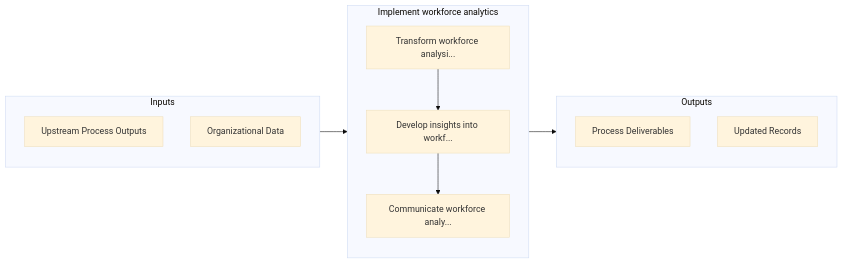
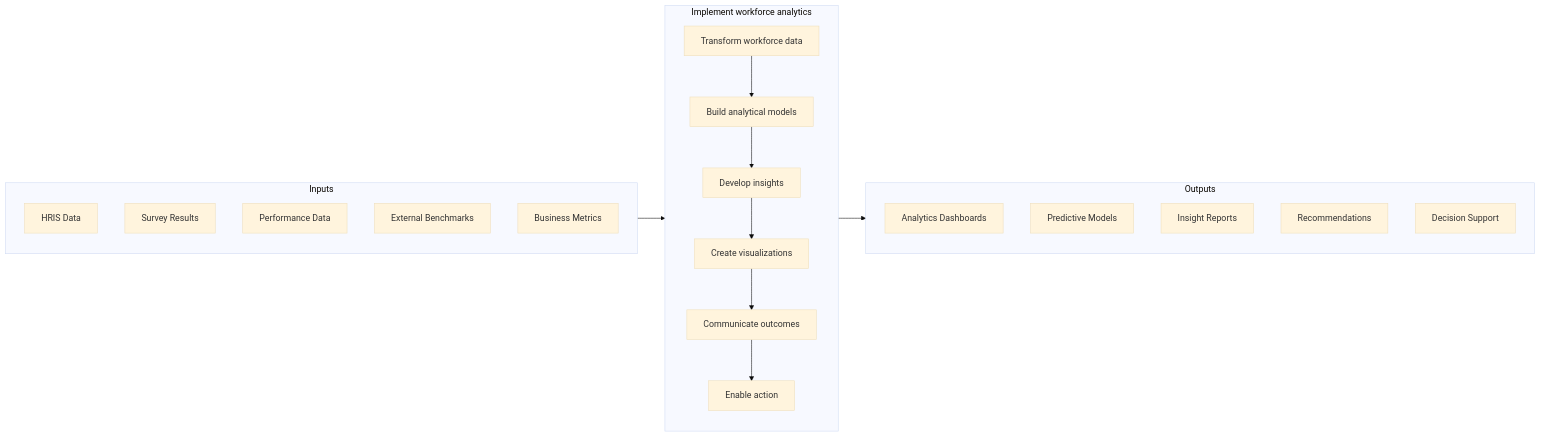
Before and after one commit to kziemski/business.org.ai: the second of 2 diagrams in processes/07-HR/7.7-ManageEmployeeInformationAnalytics/7.7.8-ImplementWorkforceAnalytics/index.mdx, drawn with Mermaid (base theme). The commit also changed other lines of this file and 885 other files, not shown here.

````diff
--- a/processes/07-HR/7.7-ManageEmployeeInformationAnalytics/7.7.8-ImplementWorkforceAnalytics/index.mdx
+++ b/processes/07-HR/7.7-ManageEmployeeInformationAnalytics/7.7.8-ImplementWorkforceAnalytics/index.mdx
@@ -61,22 +61,31 @@
 ```mermaid
 flowchart LR
     subgraph Inputs["Inputs"]
-        I1["Upstream Process Outputs"]
-        I2["Organizational Data"]
+        I1["HRIS Data"]
+        I2["Survey Results"]
+        I3["Performance Data"]
+        I4["External Benchmarks"]
+        I5["Business Metrics"]
     end
 
     subgraph Process["Implement workforce analytics"]
-        S1["Transform workforce analysi..."]
-        S2["Develop insights into workf..."]
-        S3["Communicate workforce analy..."]
+        S1["Transform workforce data"]
+        S2["Build analytical models"]
+        S3["Develop insights"]
+        S4["Create visualizations"]
+        S5["Communicate outcomes"]
+        S6["Enable action"]
+
+        S1 --> S2 --> S3 --> S4 --> S5 --> S6
     end
 
     subgraph Outputs["Outputs"]
-        O1["Process Deliverables"]
-        O2["Updated Records"]
+        O1["Analytics Dashboards"]
+        O2["Predictive Models"]
+        O3["Insight Reports"]
+        O4["Recommendations"]
+        O5["Decision Support"]
     end
 
     Inputs --> Process --> Outputs
-    S1 --> S2
-    S2 --> S3
 ```
````
